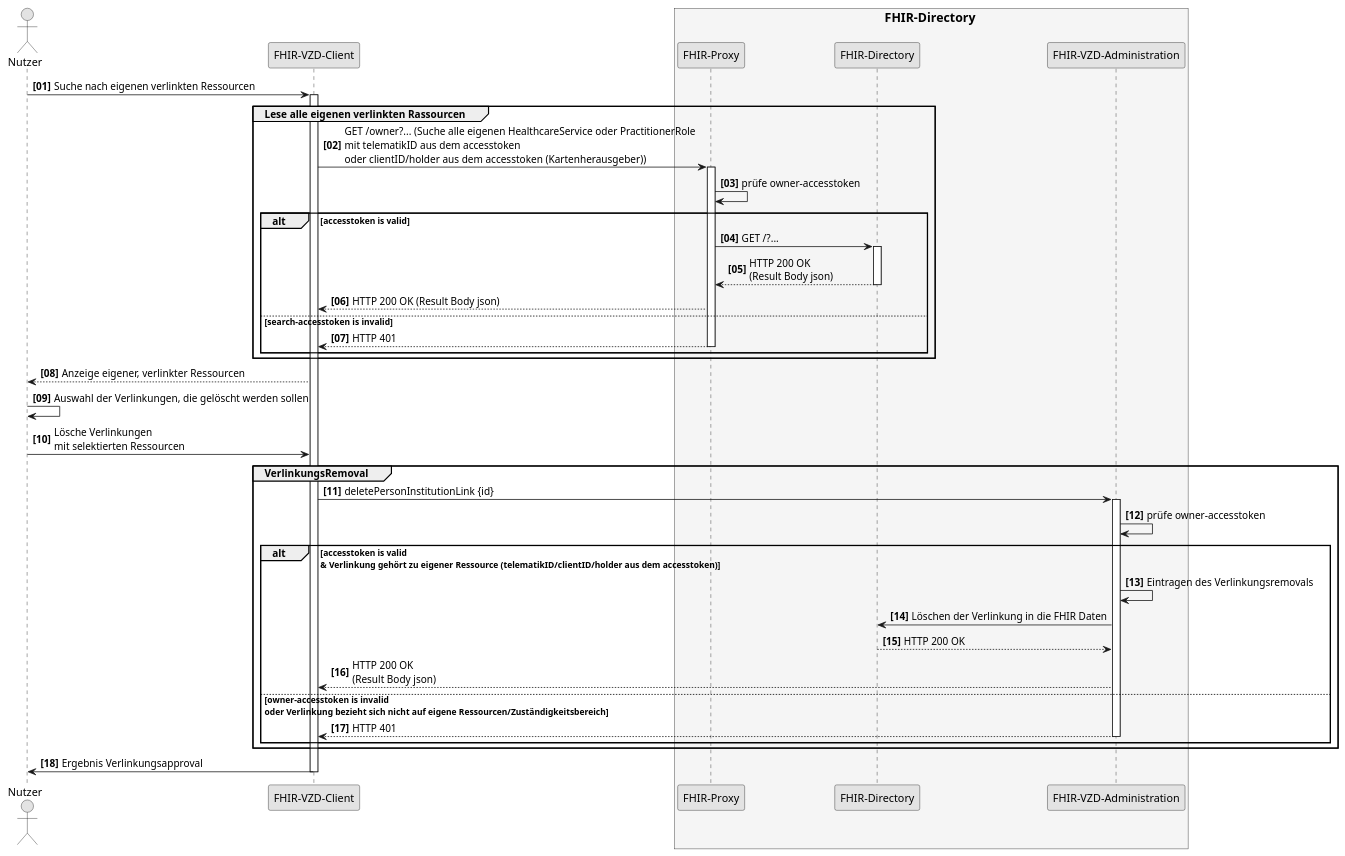
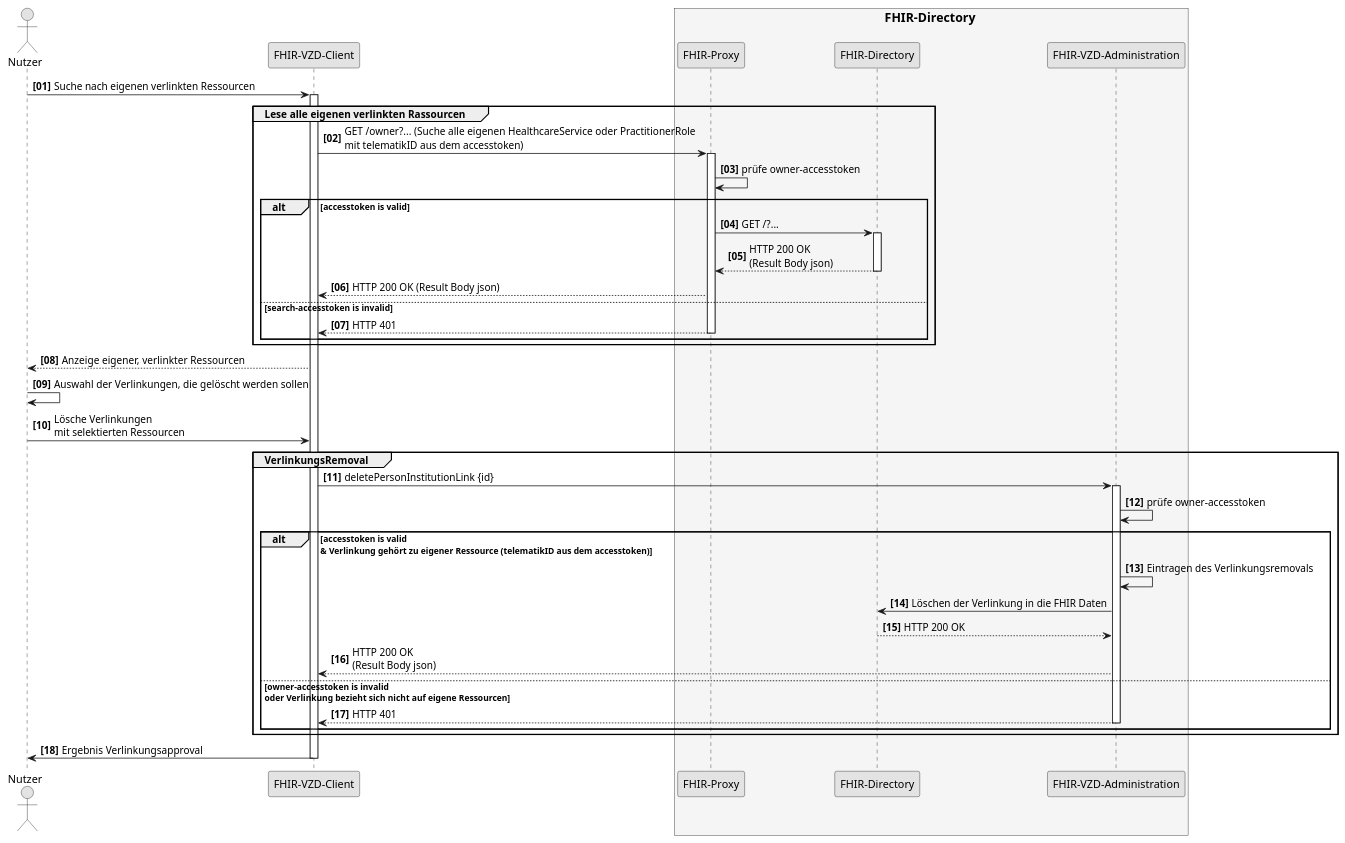
The diagram in src/plantuml/SequenceDiagram.FHIR-Directory.LinkRemoval.puml (gematik/api-vzd), drawn with PlantUML before and after one commit.

Commit message:
Kartenherausgeber aus UseCase entfernt

```diff
--- a/src/plantuml/SequenceDiagram.FHIR-Directory.LinkRemoval.puml
+++ b/src/plantuml/SequenceDiagram.FHIR-Directory.LinkRemoval.puml
@@ -1,62 +1,62 @@
 @startuml SequenceDiagram.FHIR-Directory.linkRemoval
 skinparam dpi 100
 skinparam WrapWidth 200
 skinparam monochrome true
 autonumber "<b>[00]"
 
 'title "FHIR-Directory, Sequenzdiagram link removal'
 actor Nutzer
 participant cl as "FHIR-VZD-Client"
 box <size:16>FHIR-Directory</size> #WhiteSmoke
   participant fp as "FHIR-Proxy"
   participant fd as "FHIR-Directory"
   participant fa as "FHIR-VZD-Administration"
 end box
 
 Nutzer -> cl:Suche nach eigenen verlinkten Ressourcen
 activate cl
 
 
 group Lese alle eigenen verlinkten Rassourcen
-  cl -> fp: GET /owner?... (Suche alle eigenen HealthcareService oder PractitionerRole \nmit telematikID aus dem accesstoken \noder clientID/holder aus dem accesstoken (Kartenherausgeber))
+  cl -> fp: GET /owner?... (Suche alle eigenen HealthcareService oder PractitionerRole \nmit telematikID aus dem accesstoken)
   activate fp
   fp -> fp: prüfe owner-accesstoken
 
     alt accesstoken is valid
       fp -> fd: GET /?...
       activate fd
       fd --> fp: HTTP 200 OK\n(Result Body json)
       deactivate fd
       fp --> cl: HTTP 200 OK (Result Body json)
      else search-accesstoken is invalid
       fp --> cl: HTTP 401
       deactivate fp
      end
 end
 
 cl --> Nutzer:Anzeige eigener, verlinkter Ressourcen 
 Nutzer -> Nutzer: Auswahl der Verlinkungen, die gelöscht werden sollen
 Nutzer -> cl: Lösche Verlinkungen \nmit selektierten Ressourcen
 
 group VerlinkungsRemoval
   cl -> fa: deletePersonInstitutionLink {id}
   activate fa
   fa -> fa: prüfe owner-accesstoken
 
-    alt accesstoken is valid \n& Verlinkung gehört zu eigener Ressource (telematikID/clientID/holder aus dem accesstoken)
+    alt accesstoken is valid \n& Verlinkung gehört zu eigener Ressource (telematikID aus dem accesstoken)
       fa -> fa: Eintragen des Verlinkungsremovals
       fa -> fd: Löschen der Verlinkung in die FHIR Daten
       fd --> fa: HTTP 200 OK
       fa --> cl: HTTP 200 OK\n(Result Body json)
       
-     else owner-accesstoken is invalid\noder Verlinkung bezieht sich nicht auf eigene Ressourcen/Zuständigkeitsbereich
+     else owner-accesstoken is invalid\noder Verlinkung bezieht sich nicht auf eigene Ressourcen
       fa --> cl: HTTP 401
       deactivate fa
      end
 end
 
 cl -> Nutzer: Ergebnis Verlinkungsapproval
 
 deactivate cl
 
 @enduml
```
